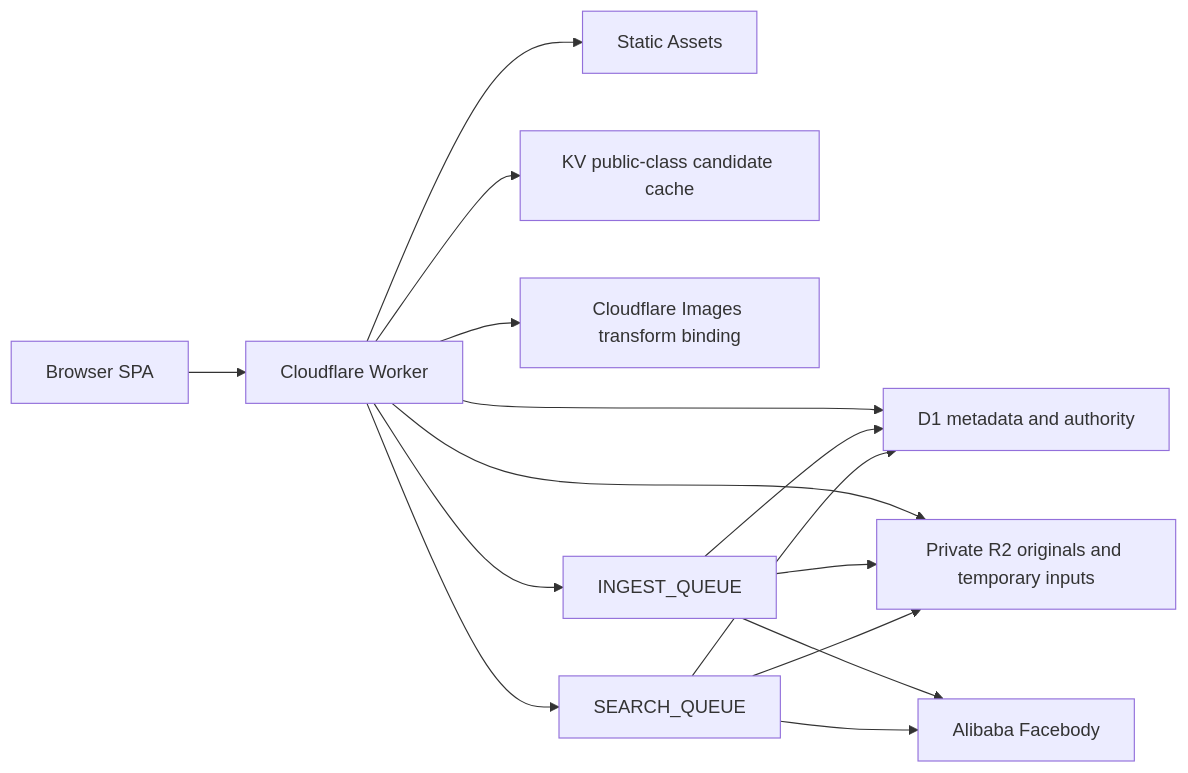
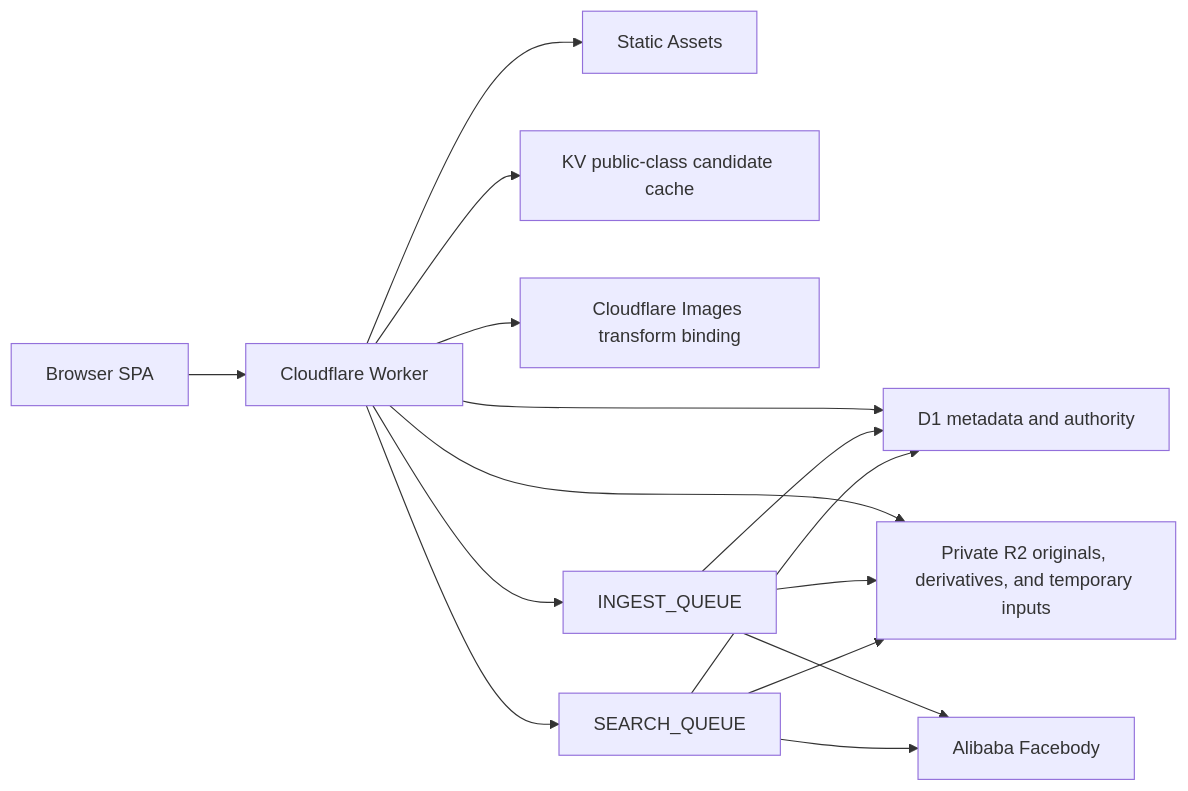
Before and after one commit to ChinoArror/picture-distributor: the diagram in README.md, drawn with Mermaid. The commit also changed other lines of this file and 9 other files, not shown here.

````diff
--- a/README.md
+++ b/README.md
@@ -128,17 +128,17 @@
 ```mermaid
 flowchart LR
   Browser["Browser SPA"] --> Worker["Cloudflare Worker"]
   Worker --> Assets["Static Assets"]
   Worker --> D1["D1 metadata and authority"]
   Worker --> KV["KV public-class candidate cache"]
-  Worker --> R2["Private R2 originals and temporary inputs"]
+  Worker --> R2["Private R2 originals, derivatives, and temporary inputs"]
   Worker --> Images["Cloudflare Images transform binding"]
   Worker --> IQ["INGEST_QUEUE"]
   Worker --> SQ["SEARCH_QUEUE"]
   IQ --> Facebody["Alibaba Facebody"]
   IQ --> D1
   IQ --> R2
   SQ --> Facebody
   SQ --> D1
   SQ --> R2
 ```
````
